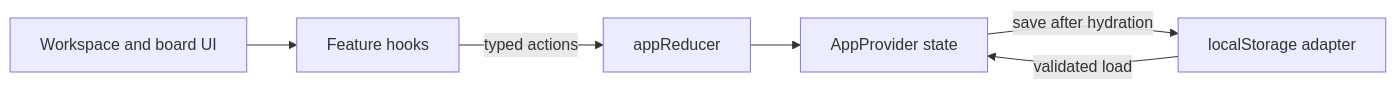
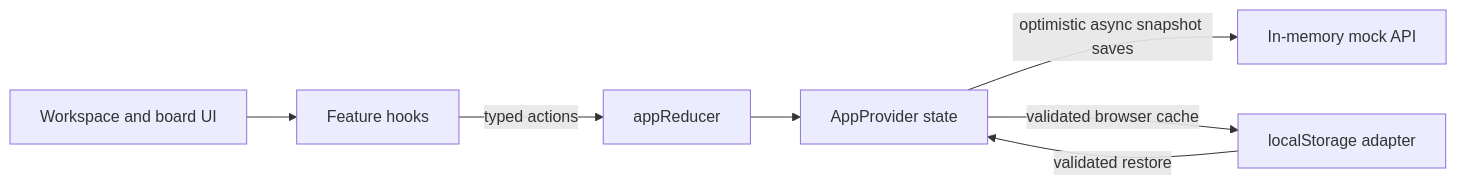
The diagram in README.md (profstrategy/collaborative-workspace), drawn with Mermaid before and after one commit. The commit also changed other lines of this file and 20 other files, not shown here.

````diff
--- a/README.md
+++ b/README.md
@@ -112,8 +115,9 @@
 ```mermaid
 flowchart LR
 	UI[Workspace and board UI] --> Hooks[Feature hooks]
 	Hooks -->|typed actions| Reducer[appReducer]
 	Reducer --> Provider[AppProvider state]
-	Provider -->|save after hydration| Storage[localStorage adapter]
-	Storage -->|validated load| Provider
+	Provider -->|optimistic async snapshot saves| API[In-memory mock API]
+	Provider -->|validated browser cache| Storage[localStorage adapter]
+	Storage -->|validated restore| Provider
 ```
````
